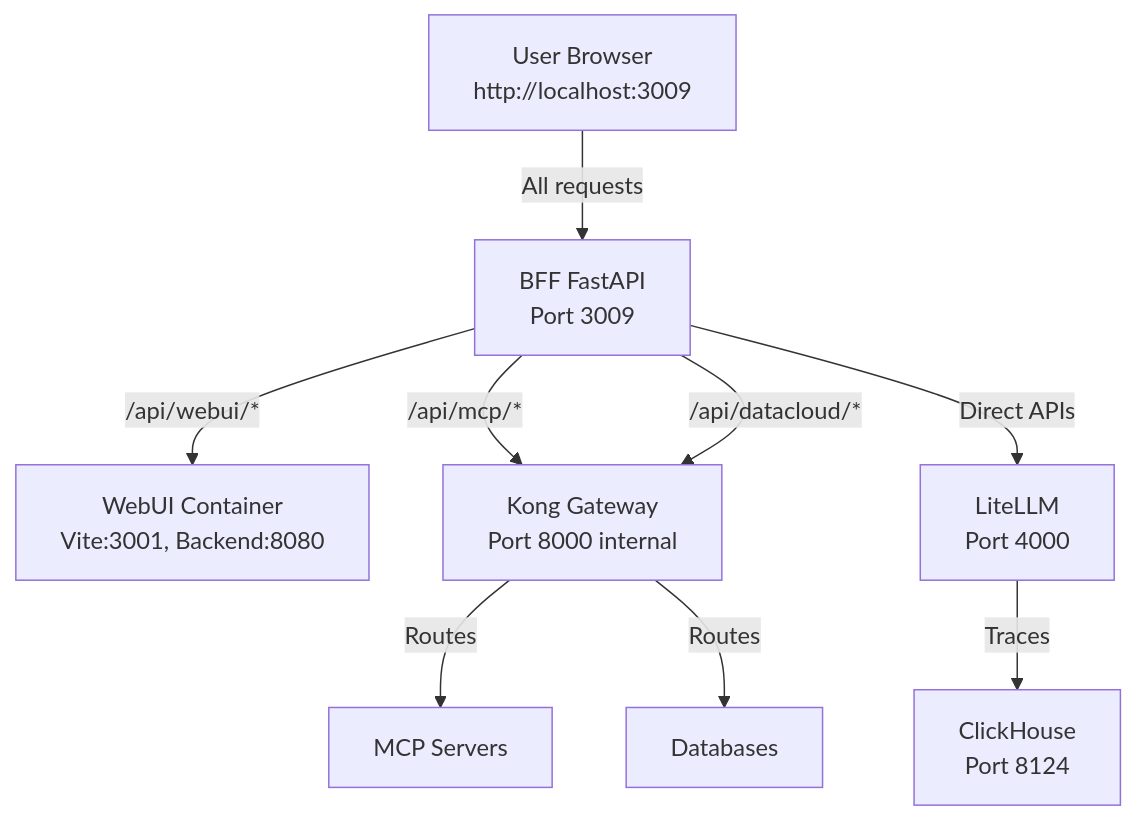
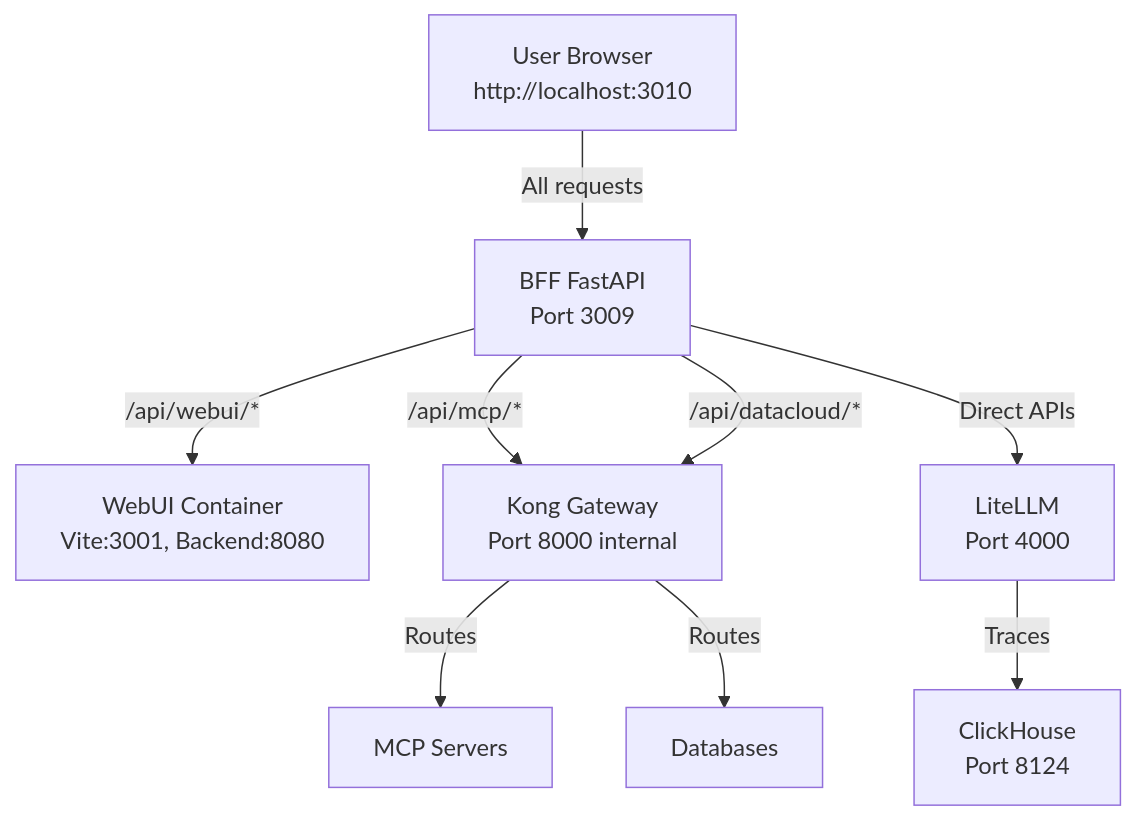
Before and after one commit to ChangooLee/agent-portal: the second of 2 diagrams in README.md, drawn with Mermaid. The commit also changed other lines of this file and 18 other files, not shown here.

````diff
--- a/README.md
+++ b/README.md
@@ -216,20 +216,20 @@
 ```mermaid
 graph TB
-    Browser[User Browser<br/>http://localhost:3009]
+    Browser[User Browser<br/>http://localhost:3010]
     BFF[BFF FastAPI<br/>Port 3009]
     WebUI[WebUI Container<br/>Vite:3001, Backend:8080]
     Kong[Kong Gateway<br/>Port 8000 internal]
     LiteLLM[LiteLLM<br/>Port 4000]
     MCP[MCP Servers]
     DB[Databases]
     ClickHouse[ClickHouse<br/>Port 8124]
     
     Browser -->|All requests| BFF
     BFF -->|/api/webui/*| WebUI
     BFF -->|/api/mcp/*| Kong
     BFF -->|/api/datacloud/*| Kong
     BFF -->|Direct APIs| LiteLLM
     Kong -->|Routes| MCP
     Kong -->|Routes| DB
     LiteLLM -->|Traces| ClickHouse
 ```
````
